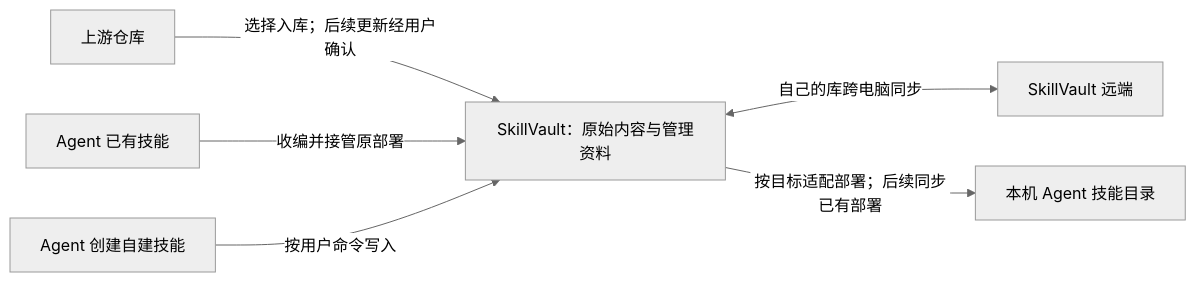
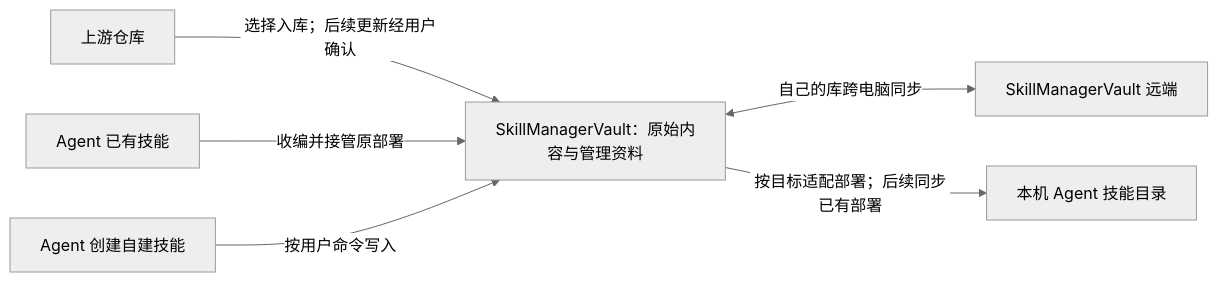
One commit to YYFF925/SkillManager changed the diagram in docs/requirements.md. Above: the diagram before and after it, drawn with Mermaid (neutral theme). The commit also changed other lines of this file and 142 other files, not shown here.

First line of the commit message:
feat: 完成 Skill Manager 核心管理与桌面界面

````diff
--- a/docs/requirements.md
+++ b/docs/requirements.md
@@ -39,8 +39,8 @@
 ```mermaid
 flowchart LR
-    U[上游仓库] -->|选择入库；后续更新经用户确认| V[SkillVault：原始内容与管理资料]
+    U[上游仓库] -->|选择入库；后续更新经用户确认| V[SkillManagerVault：原始内容与管理资料]
     E[Agent 已有技能] -->|收编并接管原部署| V
     C[Agent 创建自建技能] -->|按用户命令写入| V
-    V <-->|自己的库跨电脑同步| R[SkillVault 远端]
+    V <-->|自己的库跨电脑同步| R[SkillManagerVault 远端]
     V -->|按目标适配部署；后续同步已有部署| D[本机 Agent 技能目录]
 ```
````
